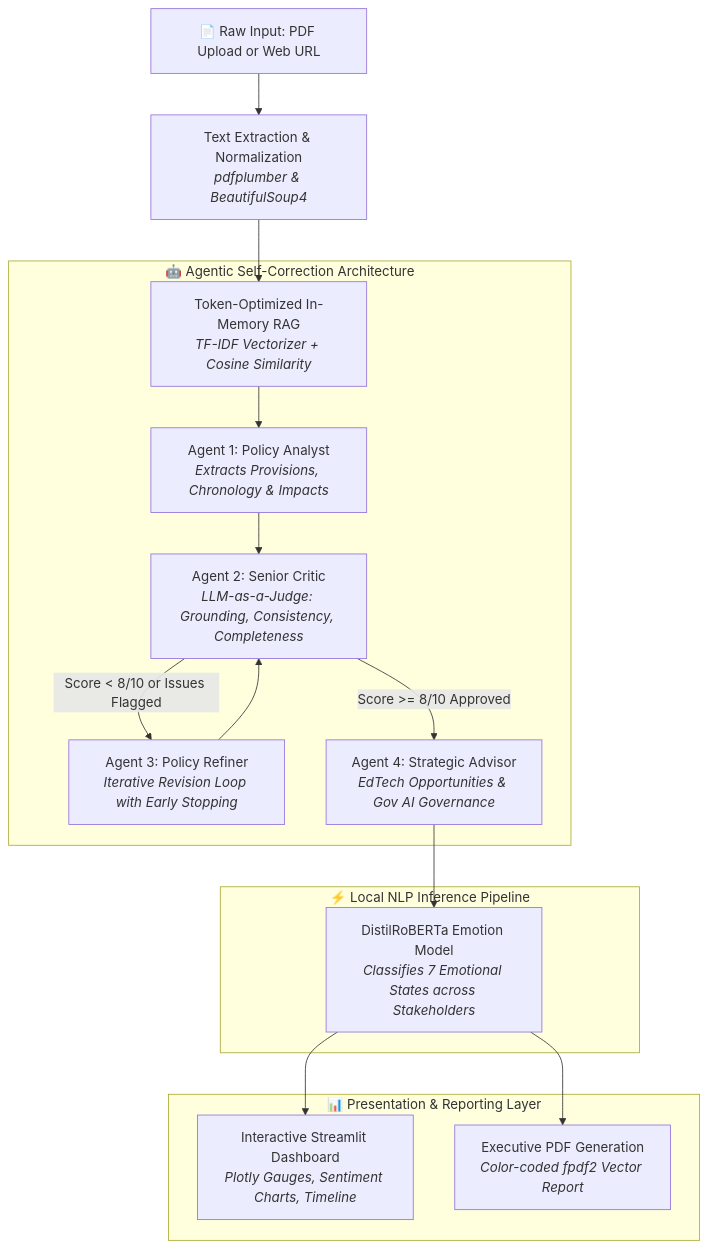
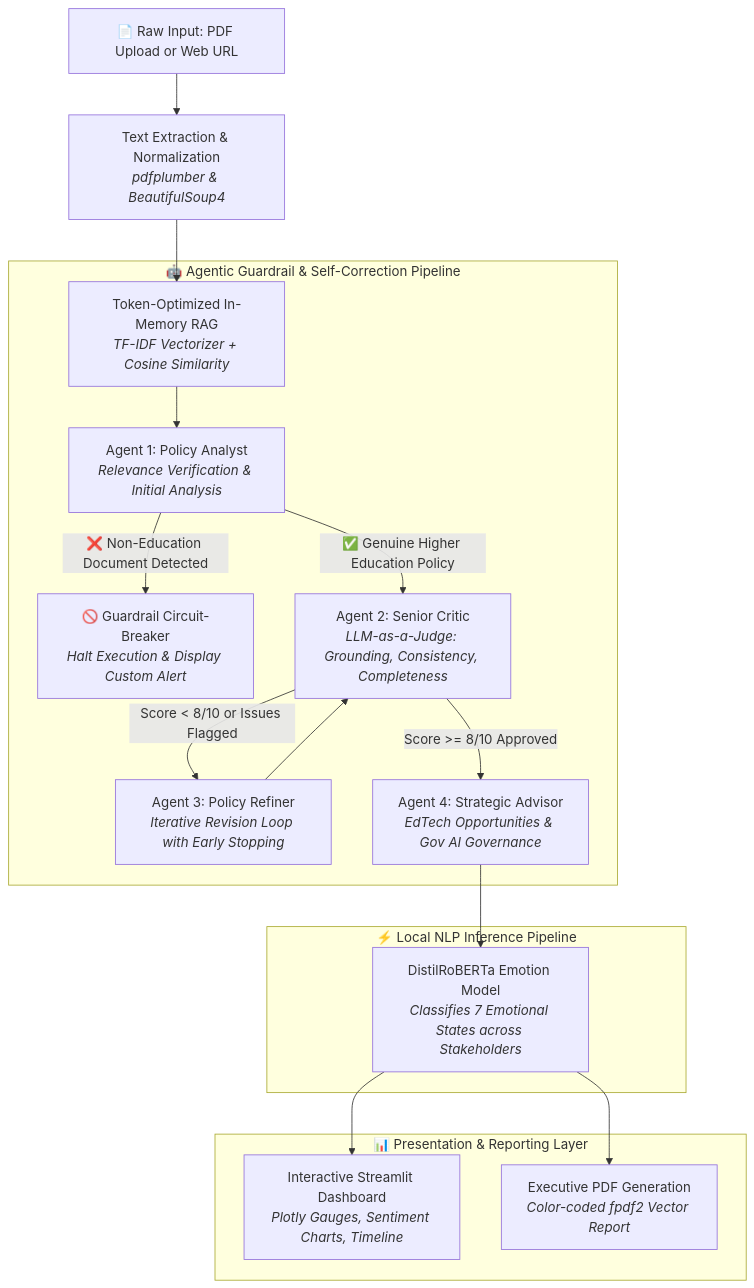
One commit to pravinkumardatafreak/ERIA-Education-Analyzer changed the diagram in README.md. Above: the diagram before and after it, drawn with Mermaid. The commit also changed other lines of this file, not shown here.

Commit message:
docs: update README with relevance gatekeeper, circuit-breaker architecture, and Groq rate-limit engineering

````diff
--- a/README.md
+++ b/README.md
@@ -46,22 +46,23 @@
 ```mermaid
 flowchart TD
     A[📄 Raw Input: PDF Upload or Web URL] --> B[Text Extraction & Normalization<br/><i>pdfplumber & BeautifulSoup4</i>]
     B --> C[Token-Optimized In-Memory RAG<br/><i>TF-IDF Vectorizer + Cosine Similarity</i>]
     
-    subgraph MultiAgentLoop [🤖 Agentic Self-Correction Architecture]
-        C --> D[Agent 1: Policy Analyst<br/><i>Extracts Provisions, Chronology & Impacts</i>]
-        D --> E[Agent 2: Senior Critic<br/><i>LLM-as-a-Judge: Grounding, Consistency, Completeness</i>]
+    subgraph MultiAgentLoop [🤖 Agentic Guardrail & Self-Correction Pipeline]
+        C --> D[Agent 1: Policy Analyst<br/><i>Relevance Verification & Initial Analysis</i>]
+        D -->|❌ Non-Education Document Detected| GK[🚫 Guardrail Circuit-Breaker<br/><i>Halt Execution & Display Custom Alert</i>]
+        D -->|✅ Genuine Higher Education Policy| E[Agent 2: Senior Critic<br/><i>LLM-as-a-Judge: Grounding, Consistency, Completeness</i>]
         E -->|Score < 8/10 or Issues Flagged| F[Agent 3: Policy Refiner<br/><i>Iterative Revision Loop with Early Stopping</i>]
         F --> E
         E -->|Score >= 8/10 Approved| G[Agent 4: Strategic Advisor<br/><i>EdTech Opportunities & Gov AI Governance</i>]
     end
     
     subgraph LocalInference [⚡ Local NLP Inference Pipeline]
         G --> H[DistilRoBERTa Emotion Model<br/><i>Classifies 7 Emotional States across Stakeholders</i>]
     end
     
     subgraph PresentationTier [📊 Presentation & Reporting Layer]
         H --> I[Interactive Streamlit Dashboard<br/><i>Plotly Gauges, Sentiment Charts, Timeline</i>]
         H --> J[Executive PDF Generation<br/><i>Color-coded fpdf2 Vector Report</i>]
     end
 ```
````
